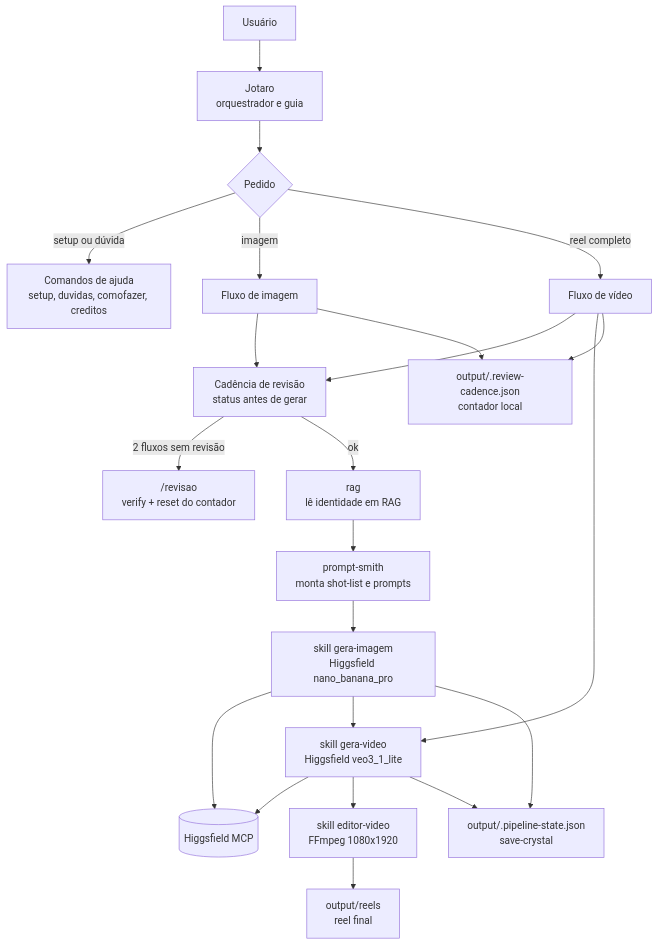
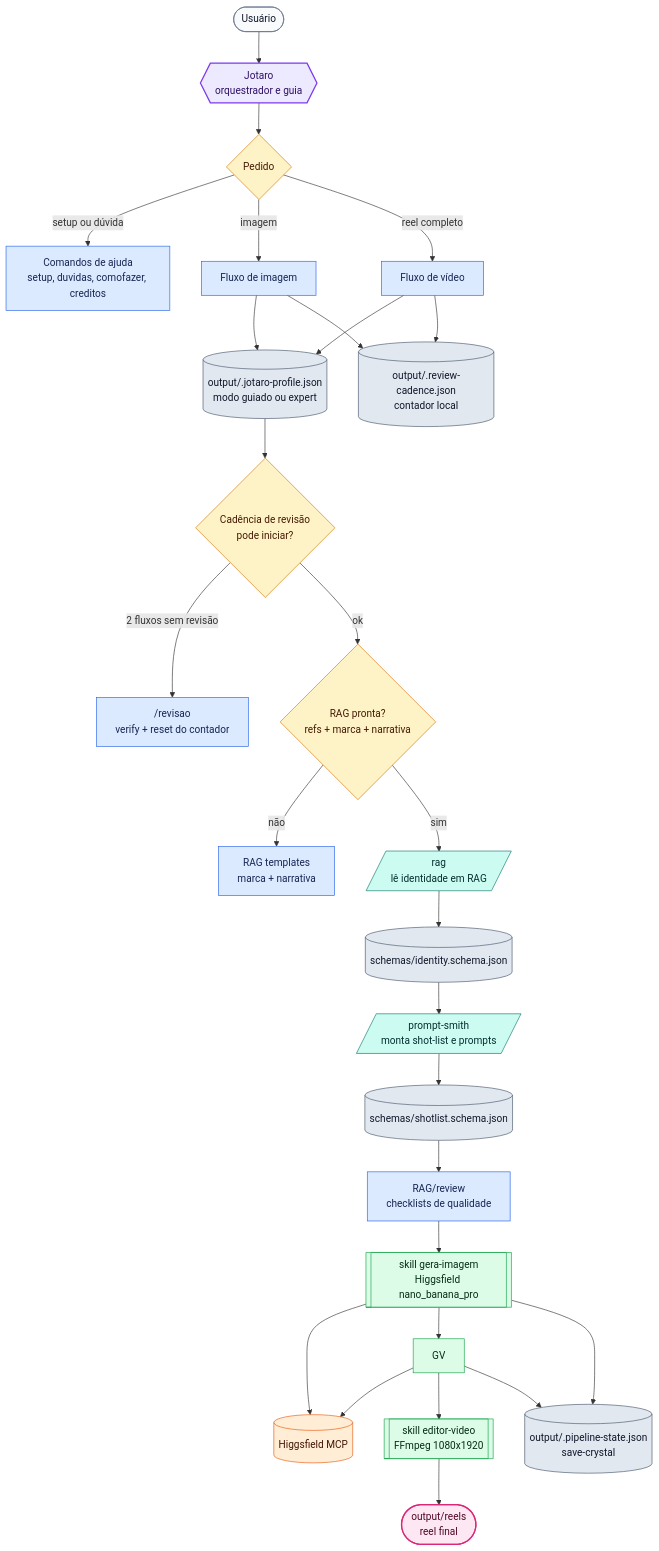
One commit to Joaoppob/trampolean-image-video-generator changed the diagram in README.md. Above: the diagram before and after it, drawn with Mermaid. The commit also changed other lines of this file and 32 other files, not shown here.

````diff
--- a/README.md
+++ b/README.md
@@ -72,29 +74,54 @@
 ```mermaid
 flowchart TD
-  U["Usuário"] --> J["Jotaro<br/>orquestrador e guia"]
+  U([Usuário]) --> J{{Jotaro<br/>orquestrador e guia}}
 
-  J --> S{"Pedido"}
+  J --> S{Pedido}
   S -->|"setup ou dúvida"| HELP["Comandos de ajuda<br/>setup, duvidas, comofazer, creditos"]
   S -->|"imagem"| IMG_FLOW["Fluxo de imagem"]
   S -->|"reel completo"| VID_FLOW["Fluxo de vídeo"]
 
-  IMG_FLOW --> C1["Cadência de revisão<br/>status antes de gerar"]
-  VID_FLOW --> C1
+  IMG_FLOW --> PROF[("output/.jotaro-profile.json<br/>modo guiado ou expert")]
+  VID_FLOW --> PROF
+  PROF --> C1{"Cadência de revisão<br/>pode iniciar?"}
   C1 -->|"2 fluxos sem revisão"| REV["/revisao<br/>verify + reset do contador"]
-  C1 -->|"ok"| RAG["rag<br/>lê identidade em RAG"]
+  C1 -->|"ok"| RAG_READY{"RAG pronta?<br/>refs + marca + narrativa"}
+  RAG_READY -->|"não"| RAG_FIX["RAG templates<br/>marca + narrativa"]
+  RAG_READY -->|"sim"| RAG[/rag<br/>lê identidade em RAG/]
 
-  RAG --> PS["prompt-smith<br/>monta shot-list e prompts"]
-  PS --> GI["skill gera-imagem<br/>Higgsfield nano_banana_pro"]
+  RAG --> ID_SCHEMA[("schemas/identity.schema.json")]
+  ID_SCHEMA --> PS[/prompt-smith<br/>monta shot-list e prompts/]
+  PS --> SHOT_SCHEMA[("schemas/shotlist.schema.json")]
+  SHOT_SCHEMA --> REVIEW["RAG/review<br/>checklists de qualidade"]
+  REVIEW --> GI[[skill gera-imagem<br/>Higgsfield nano_banana_pro]]
   GI --> HF[("Higgsfield MCP")]
 
-  VID_FLOW --> GV["skill gera-video<br/>Higgsfield veo3_1_lite"]
   GI --> GV
   GV --> HF
-  GV --> ED["skill editor-video<br/>FFmpeg 1080x1920"]
-  ED --> OUT["output/reels<br/>reel final"]
+  GV --> ED[[skill editor-video<br/>FFmpeg 1080x1920]]
+  ED --> OUT([output/reels<br/>reel final])
 
-  GI --> STATE["output/.pipeline-state.json<br/>save-crystal"]
+  GI --> STATE[("output/.pipeline-state.json<br/>save-crystal")]
   GV --> STATE
-  IMG_FLOW --> RC["output/.review-cadence.json<br/>contador local"]
+  IMG_FLOW --> RC[("output/.review-cadence.json<br/>contador local")]
   VID_FLOW --> RC
+
+  classDef user fill:#f8fafc,stroke:#64748b,color:#0f172a,stroke-width:1px;
+  classDef orchestrator fill:#ede9fe,stroke:#7c3aed,color:#2e1065,stroke-width:2px;
+  classDef decision fill:#fef3c7,stroke:#d97706,color:#451a03,stroke-width:1px;
+  classDef command fill:#dbeafe,stroke:#2563eb,color:#172554,stroke-width:1px;
+  classDef agent fill:#ccfbf1,stroke:#0f766e,color:#042f2e,stroke-width:1px;
+  classDef skill fill:#dcfce7,stroke:#16a34a,color:#052e16,stroke-width:1px;
+  classDef state fill:#e2e8f0,stroke:#475569,color:#0f172a,stroke-width:1px;
+  classDef external fill:#ffedd5,stroke:#ea580c,color:#431407,stroke-width:1px;
+  classDef output fill:#fce7f3,stroke:#db2777,color:#500724,stroke-width:2px;
+
+  class U user;
+  class J orchestrator;
+  class S,C1,RAG_READY decision;
+  class HELP,IMG_FLOW,VID_FLOW,REV,RAG_FIX,REVIEW command;
+  class RAG,PS agent;
+  class GI,GV,ED skill;
+  class PROF,ID_SCHEMA,SHOT_SCHEMA,STATE,RC state;
+  class HF external;
+  class OUT output;
 ```
````
